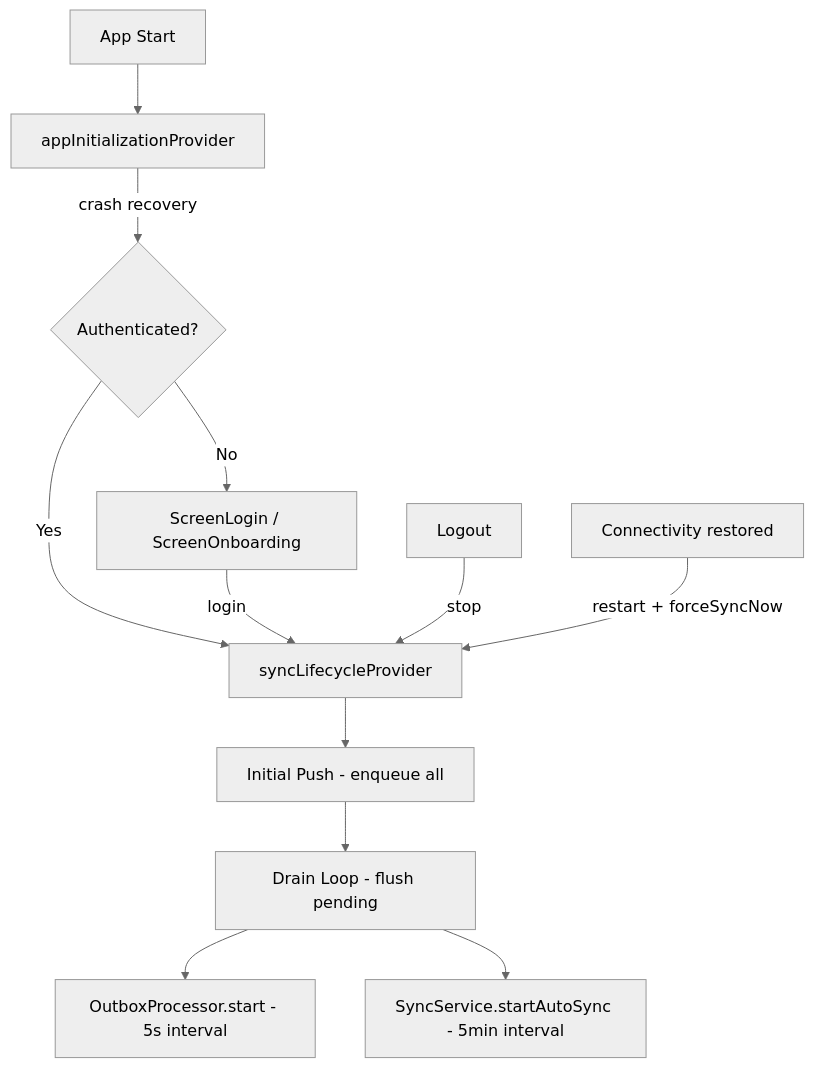
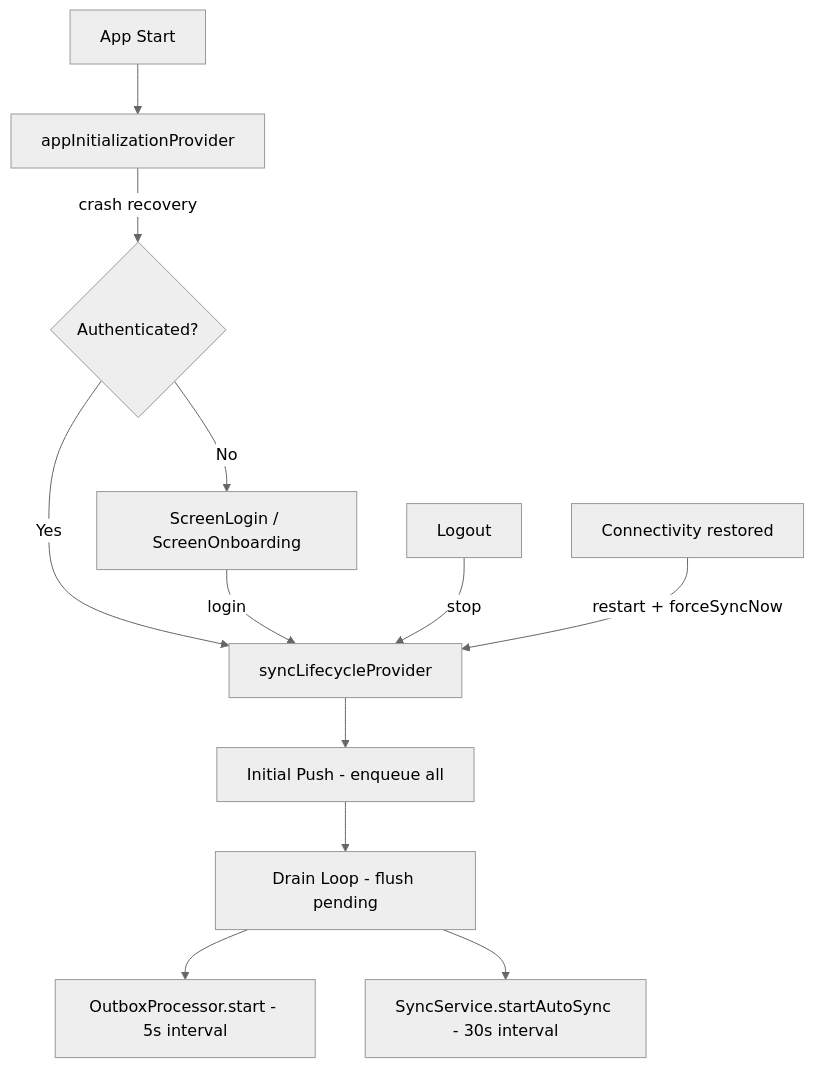
Before and after one commit to Tomakas/deskpos: the third of 12 diagrams in PROJECT.md, drawn with Mermaid (neutral theme). The commit also changed other lines of this file and 23 other files, not shown here.

````diff
--- a/PROJECT.md
+++ b/PROJECT.md
@@ -1274,14 +1274,14 @@
 ```mermaid
 graph TD
     START[App Start] --> INIT[appInitializationProvider]
     INIT --> |crash recovery| AUTH{Authenticated?}
     AUTH --> |No| LOGIN[ScreenLogin / ScreenOnboarding]
     AUTH --> |Yes| SYNC[syncLifecycleProvider]
     LOGIN --> |login| SYNC
     SYNC --> PUSH[Initial Push - enqueue all]
     PUSH --> DRAIN[Drain Loop - flush pending]
     DRAIN --> OUT[OutboxProcessor.start - 5s interval]
-    DRAIN --> AUTO[SyncService.startAutoSync - 5min interval]
+    DRAIN --> AUTO[SyncService.startAutoSync - 30s interval]
     LOGOUT[Logout] --> |stop| SYNC
     ONLINE[Connectivity restored] --> |restart + forceSyncNow| SYNC
 ```
````
